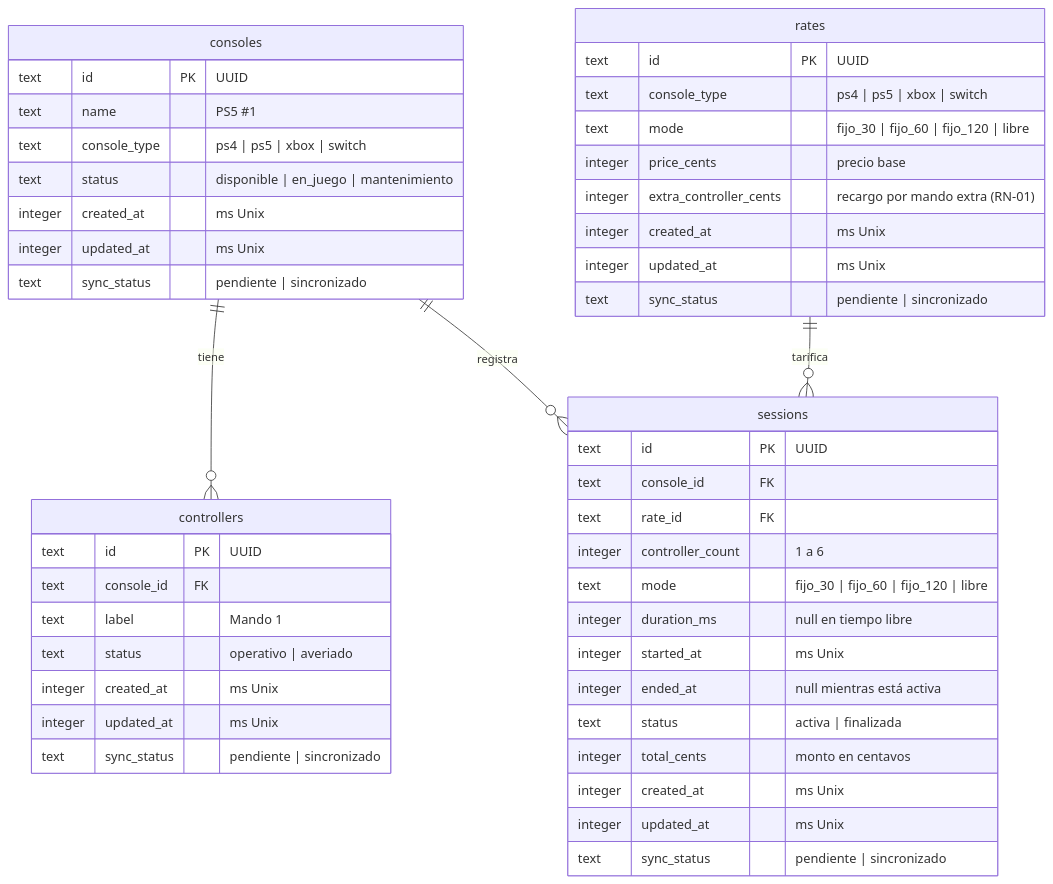
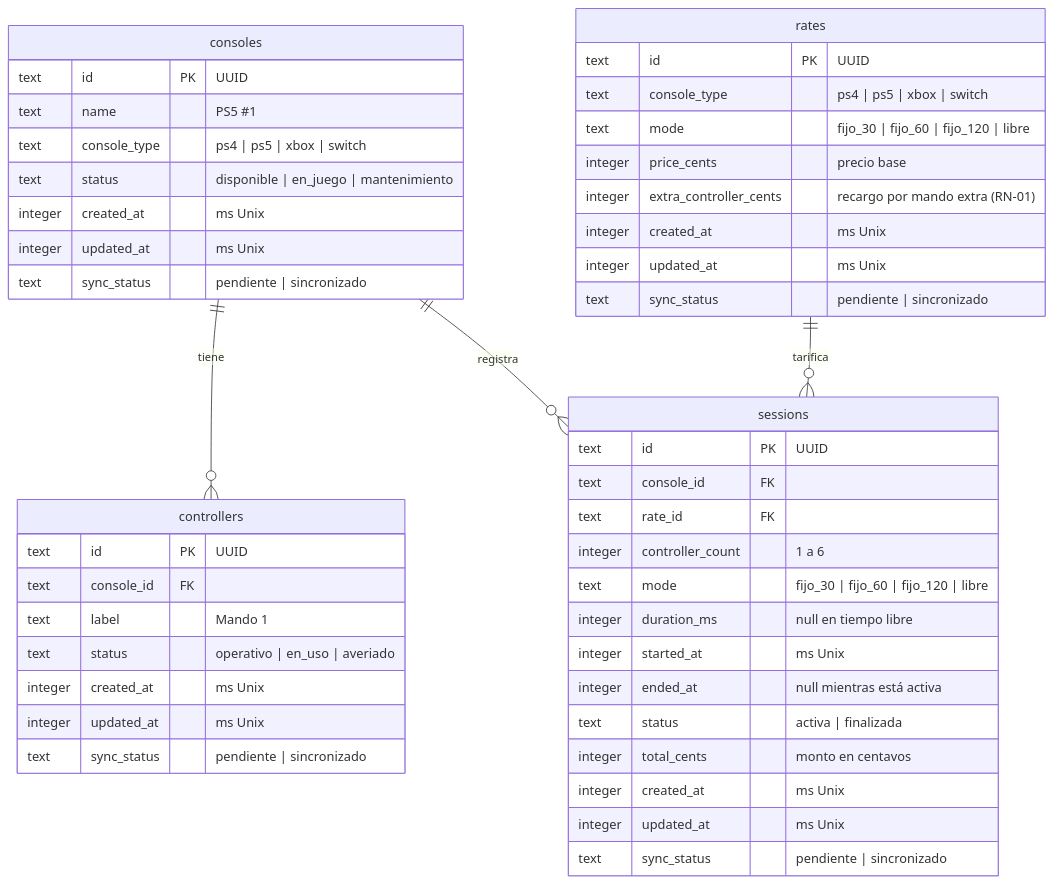
Before and after one commit to VictorMA18/ConsoleControl: the diagram in docs/architecture/base-de-datos.md, drawn with Mermaid. The commit also changed other lines of this file and 10 other files, not shown here.

````diff
--- a/docs/architecture/base-de-datos.md
+++ b/docs/architecture/base-de-datos.md
@@ -18,53 +18,53 @@
 ```mermaid
 erDiagram
     consoles ||--o{ controllers : "tiene"
     consoles ||--o{ sessions : "registra"
     rates ||--o{ sessions : "tarifica"
 
     consoles {
         text id PK "UUID"
         text name "PS5 #1"
         text console_type "ps4 | ps5 | xbox | switch"
         text status "disponible | en_juego | mantenimiento"
         integer created_at "ms Unix"
         integer updated_at "ms Unix"
         text sync_status "pendiente | sincronizado"
     }
 
     controllers {
         text id PK "UUID"
         text console_id FK
         text label "Mando 1"
-        text status "operativo | averiado"
+        text status "operativo | en_uso | averiado"
         integer created_at "ms Unix"
         integer updated_at "ms Unix"
         text sync_status "pendiente | sincronizado"
     }
 
     sessions {
         text id PK "UUID"
         text console_id FK
         text rate_id FK
         integer controller_count "1 a 6"
         text mode "fijo_30 | fijo_60 | fijo_120 | libre"
         integer duration_ms "null en tiempo libre"
         integer started_at "ms Unix"
         integer ended_at "null mientras está activa"
         text status "activa | finalizada"
         integer total_cents "monto en centavos"
         integer created_at "ms Unix"
         integer updated_at "ms Unix"
         text sync_status "pendiente | sincronizado"
     }
 
     rates {
         text id PK "UUID"
         text console_type "ps4 | ps5 | xbox | switch"
         text mode "fijo_30 | fijo_60 | fijo_120 | libre"
         integer price_cents "precio base"
         integer extra_controller_cents "recargo por mando extra (RN-01)"
         integer created_at "ms Unix"
         integer updated_at "ms Unix"
         text sync_status "pendiente | sincronizado"
     }
 ```
````
